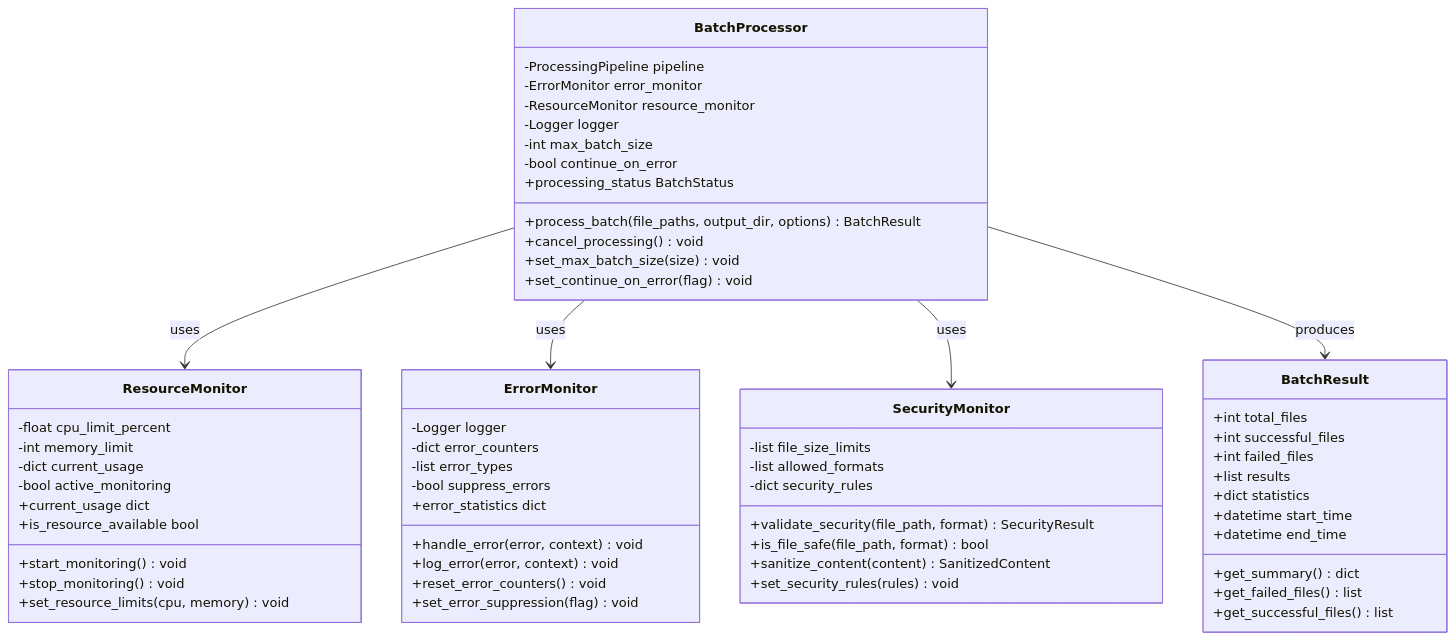
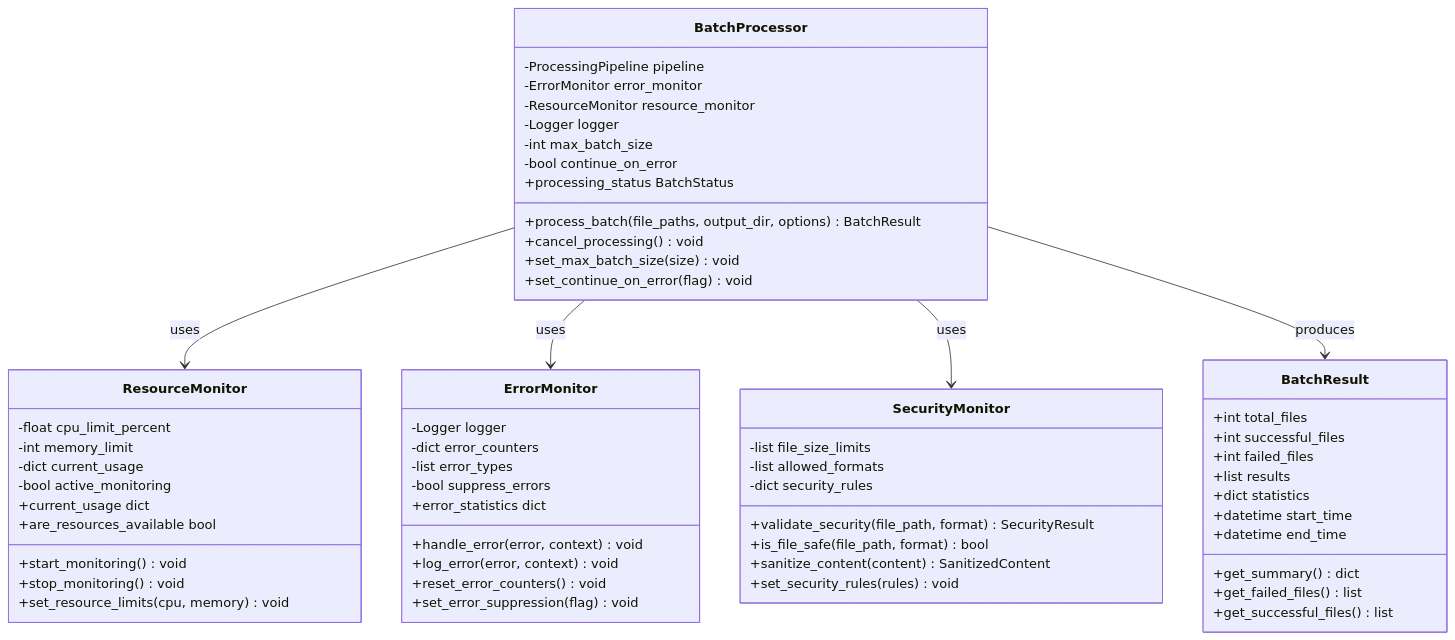
The fourth of 7 diagrams in SAD.md (endomorphosis/omni_converter_mk2), drawn with Mermaid before and after one commit. The commit also changed 20 other files, not shown here.

````diff
--- a/SAD.md
+++ b/SAD.md
@@ -267,68 +267,68 @@
 ```mermaid
 classDiagram
     class BatchProcessor {
         -ProcessingPipeline pipeline
         -ErrorMonitor error_monitor
         -ResourceMonitor resource_monitor
         -Logger logger
         -int max_batch_size
         -bool continue_on_error
         +process_batch(file_paths, output_dir, options) BatchResult
         +cancel_processing() void
         +processing_status BatchStatus
         +set_max_batch_size(size) void
         +set_continue_on_error(flag) void
     }
 
     class ResourceMonitor {
         -float cpu_limit_percent
         -int memory_limit
         -dict current_usage
         -bool active_monitoring
         +start_monitoring() void
         +stop_monitoring() void
         +current_usage dict
-        +is_resource_available bool
+        +are_resources_available bool
         +set_resource_limits(cpu, memory) void
     }
 
     class ErrorMonitor {
         -Logger logger
         -dict error_counters
         -list error_types
         -bool suppress_errors
         +handle_error(error, context) void
         +log_error(error, context) void
         +error_statistics dict
         +reset_error_counters() void
         +set_error_suppression(flag) void
     }
 
     class SecurityMonitor {
         -list file_size_limits
         -list allowed_formats
         -dict security_rules
         +validate_security(file_path, format) SecurityResult
         +is_file_safe(file_path, format) bool
         +sanitize_content(content) SanitizedContent
         +set_security_rules(rules) void
     }
 
     class BatchResult {
         +int total_files
         +int successful_files
         +int failed_files
         +list results
         +dict statistics
         +datetime start_time
         +datetime end_time
         +get_summary() dict
         +get_failed_files() list
         +get_successful_files() list
     }
 
     BatchProcessor --> ResourceMonitor : uses
     BatchProcessor --> ErrorMonitor : uses
     BatchProcessor --> SecurityMonitor : uses
     BatchProcessor --> BatchResult : produces
 ```
````
